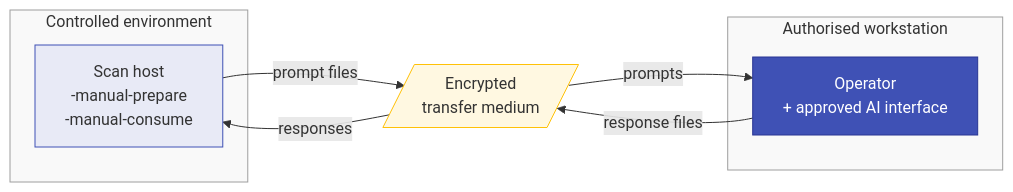
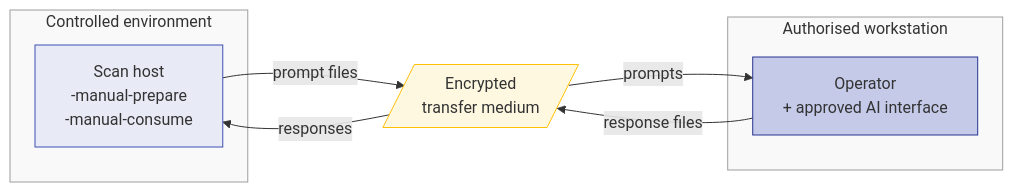
The second of 2 diagrams in docs/deployment/air-gapped.md (Accenture/MethodAtlas), drawn with Mermaid before and after one commit. The commit also changed other lines of this file and 1 other file, not shown here.

Commit message:
fix(docs): replace dark-blue node fill with readable light indigo in diagrams
Dark blue (#3f51b5) Mermaid nodes had black text rendered over them despite
color:#fff being set, because the MkDocs Material / Mermaid renderer did not
reliably apply the color attribute. Changed fill to #c5cae9 (Indigo 100) so
black text is naturally readable without relying on a color override.

````diff
--- a/docs/deployment/air-gapped.md
+++ b/docs/deployment/air-gapped.md
@@ -36,19 +36,19 @@
 ```mermaid
 flowchart LR
     subgraph controlled["Controlled environment"]
         SH["Scan host\n-manual-prepare\n-manual-consume"]
     end
     XFER[/"Encrypted\ntransfer medium"/]
     subgraph auth["Authorised workstation"]
         OP["Operator\n+ approved AI interface"]
     end
     SH -->|"prompt files"| XFER
     XFER -->|"prompts"| OP
     OP -->|"response files"| XFER
     XFER -->|"responses"| SH
     style SH       fill:#e8eaf6,stroke:#3f51b5
-    style OP       fill:#3f51b5,color:#fff,stroke:#283593
+    style OP       fill:#c5cae9,stroke:#283593
     style XFER     fill:#fff8e1,stroke:#ffc107
     style controlled fill:#f9f9f9,stroke:#9e9e9e
     style auth     fill:#f9f9f9,stroke:#9e9e9e
 ```
````
